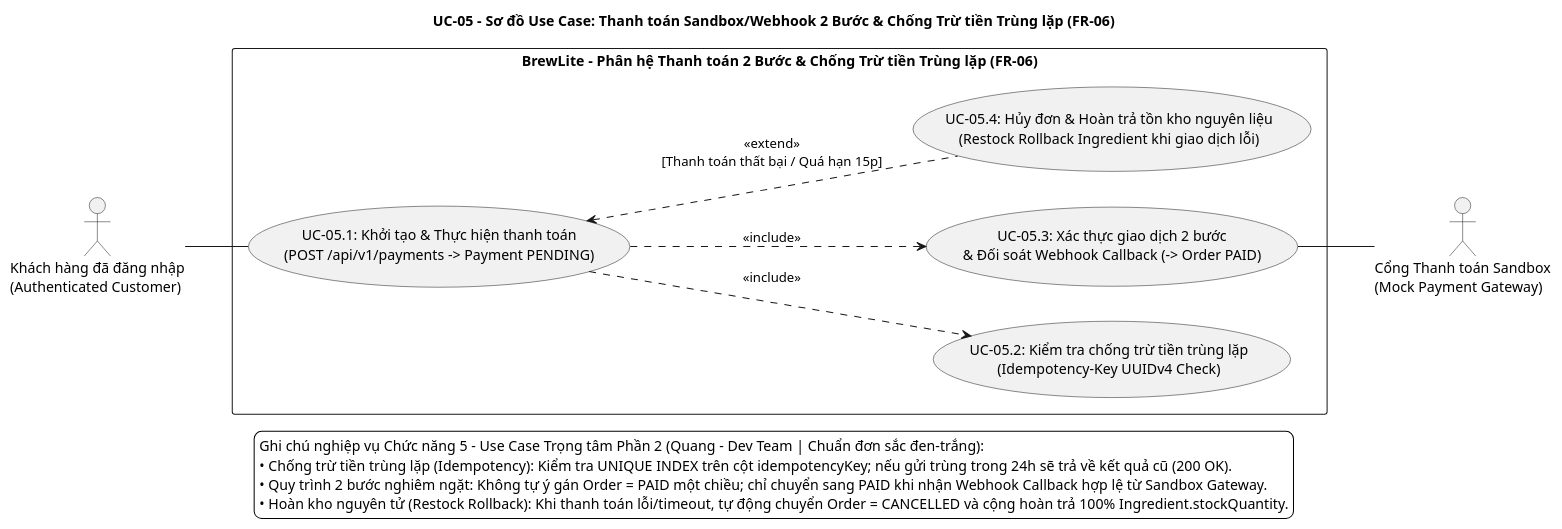
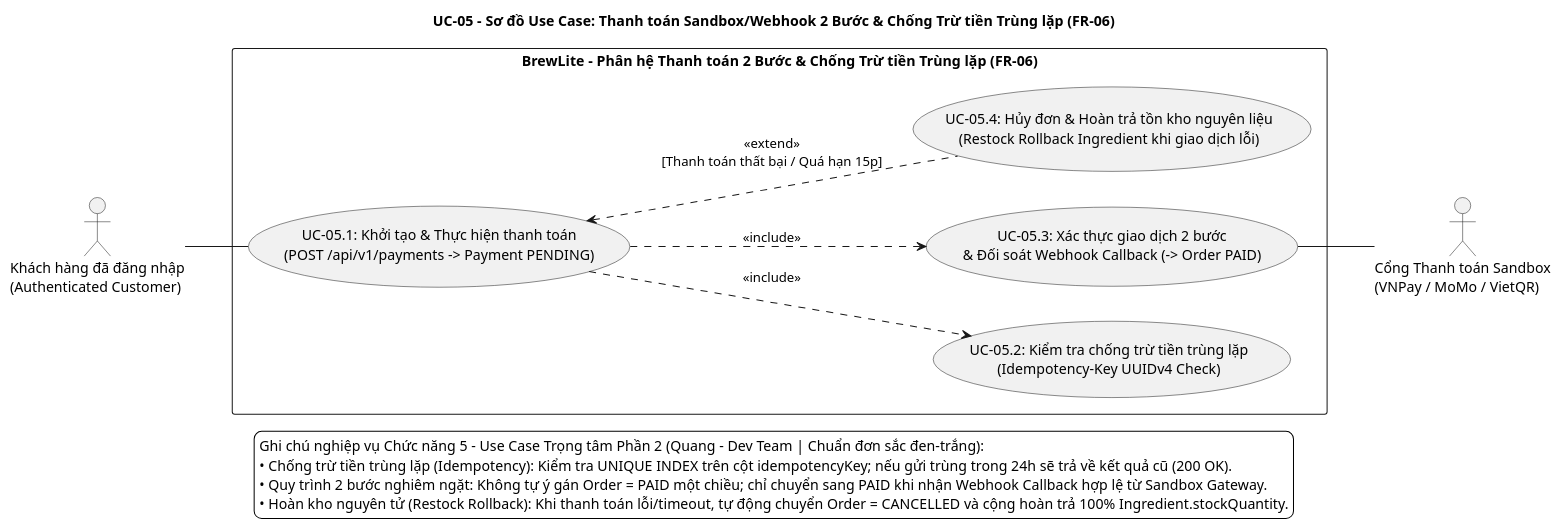
One commit to SamuiSang/brewlite2 changed the diagram in docs/diagrams/uc-05-payment.puml. Above: the diagram before and after it, drawn with PlantUML. The commit also changed 3 other files, not shown here.

Commit message:
docs(requirements): standardize UC-05 & FR-06 to Sandbox Payment Gateway + Backend Webhook JSON flow

```diff
--- a/docs/diagrams/uc-05-payment.puml
+++ b/docs/diagrams/uc-05-payment.puml
@@ -1,35 +1,35 @@
 @startuml uc-05-payment
 title UC-05 - Sơ đồ Use Case: Thanh toán Sandbox/Webhook 2 Bước & Chống Trừ tiền Trùng lặp (FR-06)
 
 left to right direction
 skinparam monochrome true
 skinparam shadowing false
 skinparam backgroundColor white
 skinparam defaultFontName "Segoe UI", "Arial", sans-serif
 skinparam packageStyle rectangle
 
 actor "Khách hàng đã đăng nhập\n(Authenticated Customer)" as Customer
-actor "Cổng Thanh toán Sandbox\n(Mock Payment Gateway)" as MockGateway
+actor "Cổng Thanh toán Sandbox\n(VNPay / MoMo / VietQR)" as SandboxGateway
 
 rectangle "BrewLite - Phân hệ Thanh toán 2 Bước & Chống Trừ tiền Trùng lặp (FR-06)" as System {
     usecase "UC-05.1: Khởi tạo & Thực hiện thanh toán\n(POST /api/v1/payments -> Payment PENDING)" as UC_Pay
     usecase "UC-05.2: Kiểm tra chống trừ tiền trùng lặp\n(Idempotency-Key UUIDv4 Check)" as UC_Idempotency
     usecase "UC-05.3: Xác thực giao dịch 2 bước\n& Đối soát Webhook Callback (-> Order PAID)" as UC_GatewayAuth
     usecase "UC-05.4: Hủy đơn & Hoàn trả tồn kho nguyên liệu\n(Restock Rollback Ingredient khi giao dịch lỗi)" as UC_Rollback
 }
 
 Customer -- UC_Pay
 
 UC_Pay ..> UC_Idempotency : <<include>>
 UC_Pay ..> UC_GatewayAuth : <<include>>
 UC_Rollback .up.> UC_Pay : <<extend>>\n[Thanh toán thất bại / Quá hạn 15p]
 
-UC_GatewayAuth -- MockGateway
+UC_GatewayAuth -- SandboxGateway
 
 legend bottom
   Ghi chú nghiệp vụ Chức năng 5 - Use Case Trọng tâm Phần 2 (Quang - Dev Team | Chuẩn đơn sắc đen-trắng):
   • Chống trừ tiền trùng lặp (Idempotency): Kiểm tra UNIQUE INDEX trên cột idempotencyKey; nếu gửi trùng trong 24h sẽ trả về kết quả cũ (200 OK).
   • Quy trình 2 bước nghiêm ngặt: Không tự ý gán Order = PAID một chiều; chỉ chuyển sang PAID khi nhận Webhook Callback hợp lệ từ Sandbox Gateway.
   • Hoàn kho nguyên tử (Restock Rollback): Khi thanh toán lỗi/timeout, tự động chuyển Order = CANCELLED và cộng hoàn trả 100% Ingredient.stockQuantity.
 endlegend
 @enduml
```
